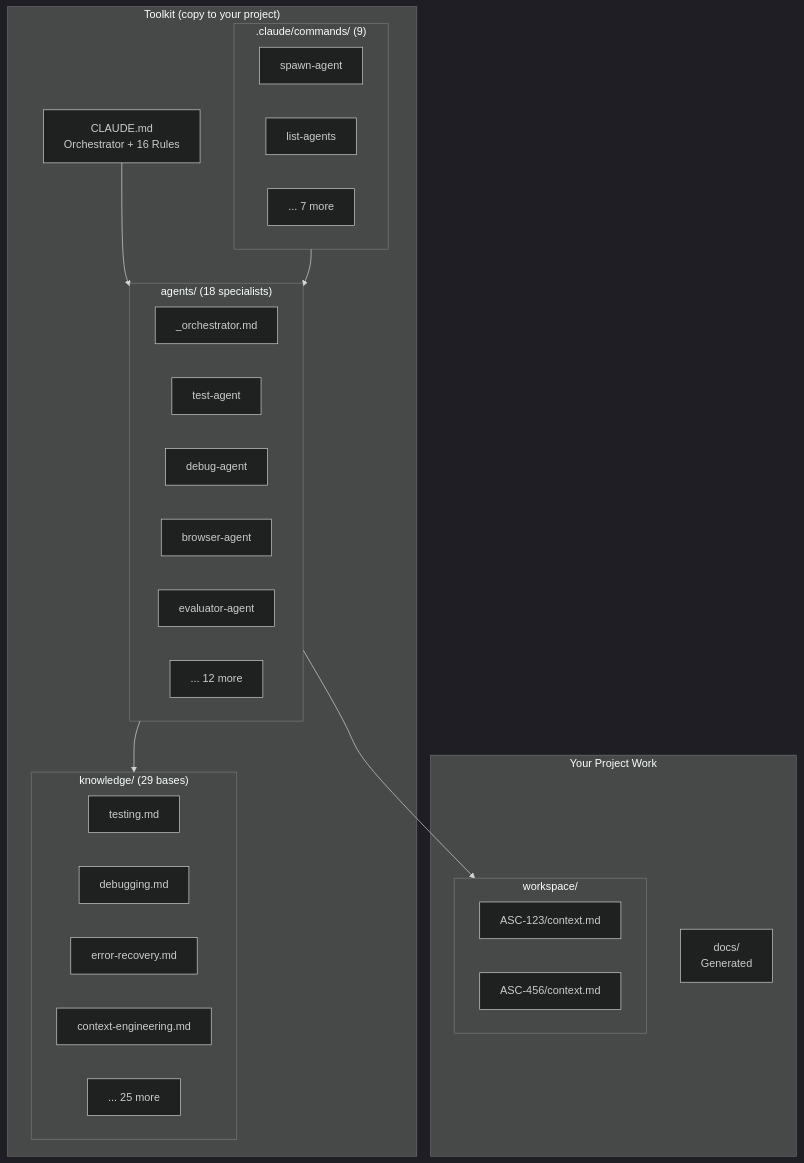
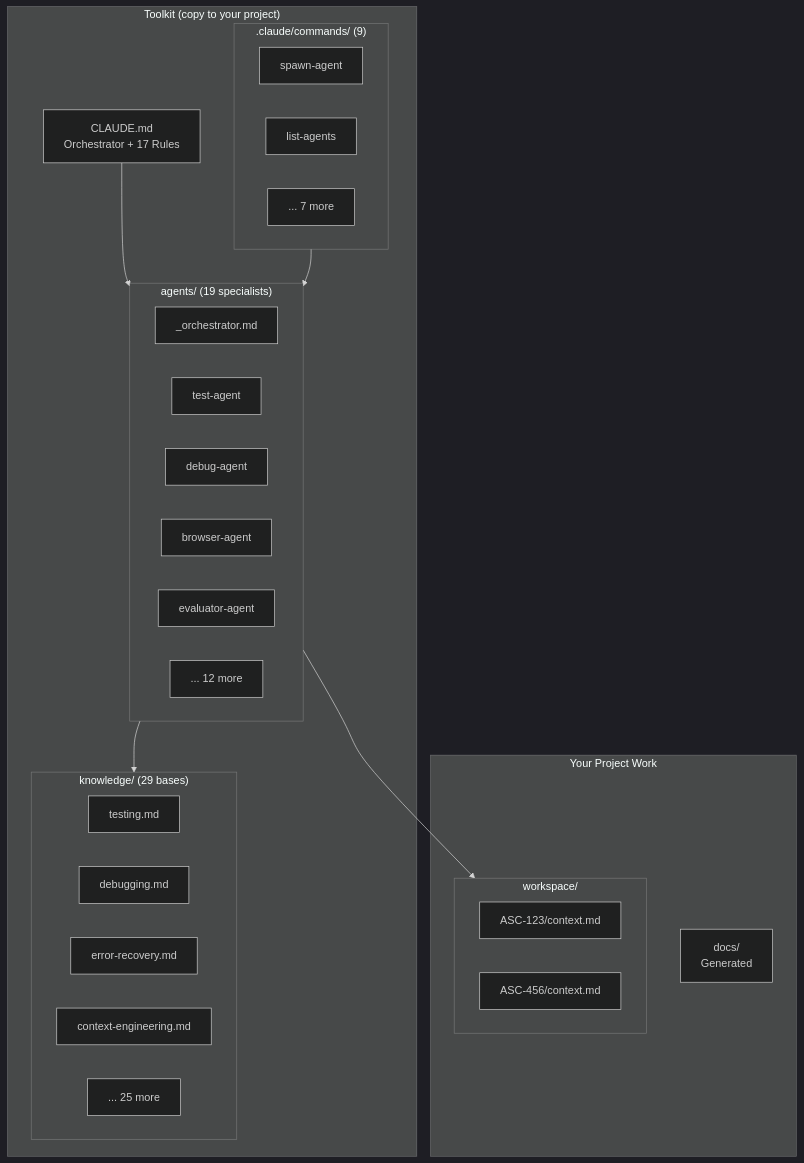
Before and after one commit to MikahNiehaus/ClaudeMemory: the third of 13 diagrams in README.md, drawn with Mermaid (dark theme). The commit also changed other lines of this file and 13 other files, not shown here.

````diff
--- a/README.md
+++ b/README.md
@@ -106,43 +106,43 @@
 ```mermaid
 flowchart TB
     subgraph Toolkit["Toolkit (copy to your project)"]
-        CLAUDE[CLAUDE.md<br/>Orchestrator + 16 Rules]
+        CLAUDE[CLAUDE.md<br/>Orchestrator + 17 Rules]
 
-        subgraph Agents["agents/ (18 specialists)"]
+        subgraph Agents["agents/ (19 specialists)"]
             Orch[_orchestrator.md]
             Test[test-agent]
             Debug[debug-agent]
             Browser[browser-agent]
             Evaluator[evaluator-agent]
             More[... 12 more]
         end
 
         subgraph Knowledge["knowledge/ (29 bases)"]
             Testing[testing.md]
             Debugging[debugging.md]
             ErrorRecovery[error-recovery.md]
             ContextEng[context-engineering.md]
             MoreK[... 25 more]
         end
 
         subgraph Commands[".claude/commands/ (9)"]
             Spawn[spawn-agent]
             ListA[list-agents]
             MoreC[... 7 more]
         end
     end
 
     subgraph Project["Your Project Work"]
         subgraph Workspace["workspace/"]
             Task1[ASC-123/context.md]
             Task2[ASC-456/context.md]
         end
 
         Docs[docs/<br/>Generated]
     end
 
     CLAUDE --> Agents
     Agents --> Knowledge
     Agents --> Workspace
     Commands --> Agents
 ```
````
